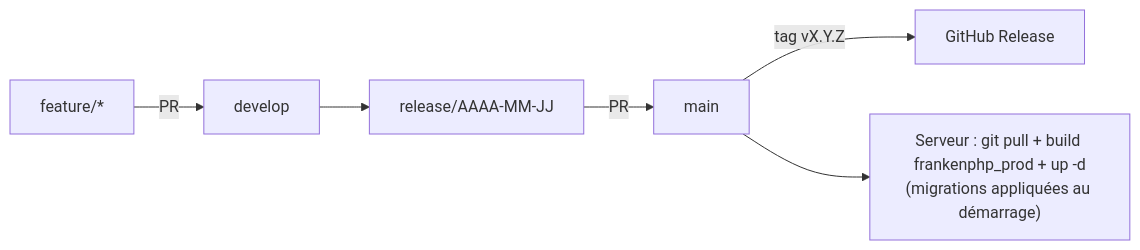
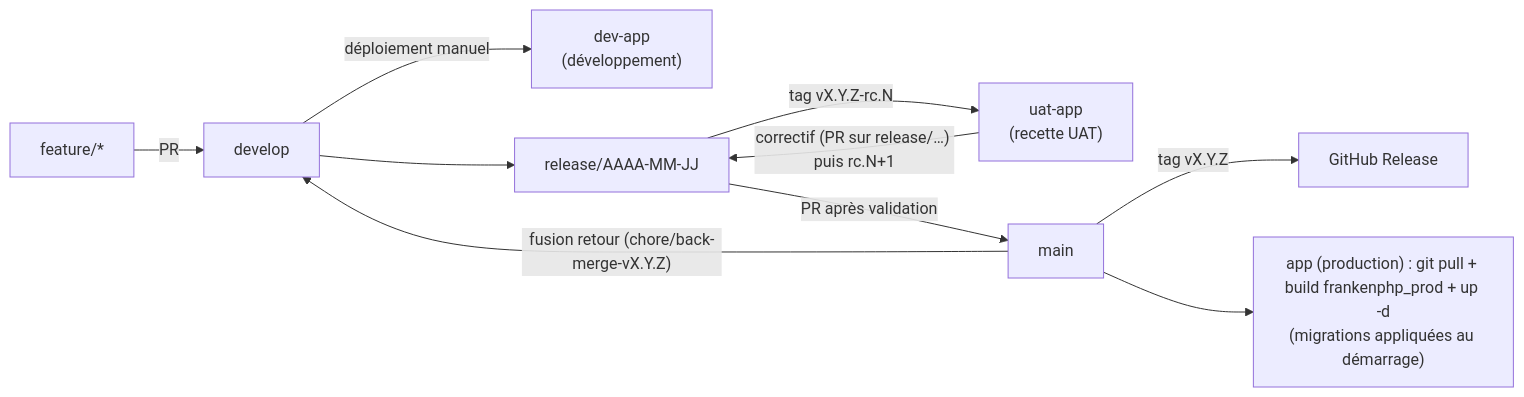
Before and after one commit to stevenCayla/synapse-docs: the diagram in src/content/docs/deployment/release-process.md, drawn with Mermaid. The commit also changed other lines of this file and 21 other files, not shown here.

````diff
--- a/src/content/docs/deployment/release-process.md
+++ b/src/content/docs/deployment/release-process.md
@@ -26,8 +26,12 @@
 ```mermaid
 flowchart LR
     feat["feature/*"] -->|PR| dev[develop]
+    dev -->|déploiement manuel| devsrv["dev-app<br/>(développement)"]
     dev --> rel["release/AAAA-MM-JJ"]
-    rel -->|PR| main[main]
+    rel -->|"tag vX.Y.Z-rc.N"| uat["uat-app<br/>(recette UAT)"]
+    uat -->|"correctif (PR sur release/…) puis rc.N+1"| rel
+    rel -->|"PR après validation"| main[main]
     main -->|"tag vX.Y.Z"| gh[GitHub Release]
-    main --> srv["Serveur : git pull + build frankenphp_prod + up -d<br/>(migrations appliquées au démarrage)"]
+    main --> srv["app (production) : git pull + build frankenphp_prod + up -d<br/>(migrations appliquées au démarrage)"]
+    main -->|"fusion retour (chore/back-merge-vX.Y.Z)"| dev
 ```
````
